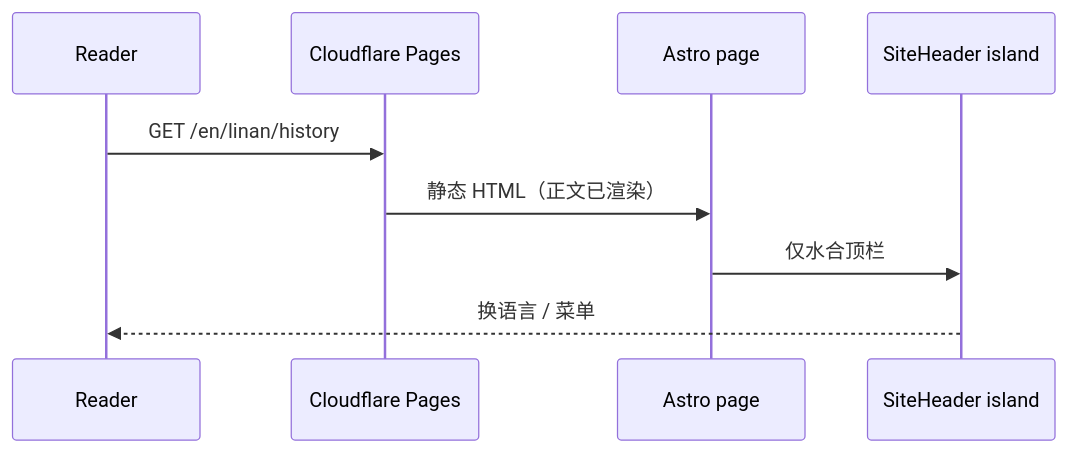
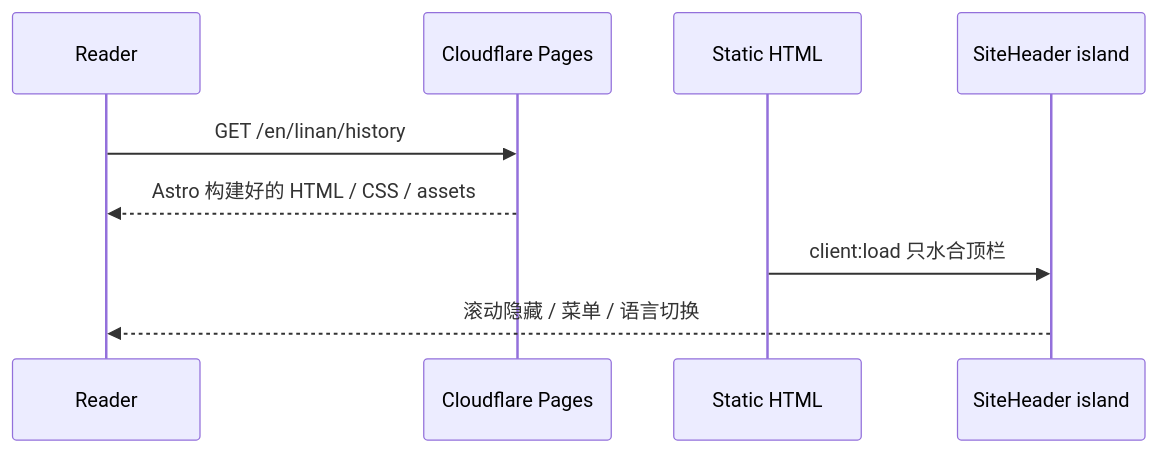
The first of 5 diagrams in brain/flow.md (robinv8/jiuzhou-world), drawn with Mermaid before and after one commit. The commit also changed other lines of this file and 9 other files, not shown here.

````diff
--- a/brain/flow.md
+++ b/brain/flow.md
@@ -12,11 +14,11 @@
 ```mermaid
 sequenceDiagram
   participant U as Reader
   participant CDN as Cloudflare Pages
-  participant HTML as Astro page
+  participant HTML as Static HTML
   participant H as SiteHeader island
   U->>CDN: GET /en/linan/history
-  CDN->>HTML: 静态 HTML（正文已渲染）
-  HTML->>H: 仅水合顶栏
-  H-->>U: 换语言 / 菜单
+  CDN-->>U: Astro 构建好的 HTML / CSS / assets
+  HTML->>H: client:load 只水合顶栏
+  H-->>U: 滚动隐藏 / 菜单 / 语言切换
 ```
````
